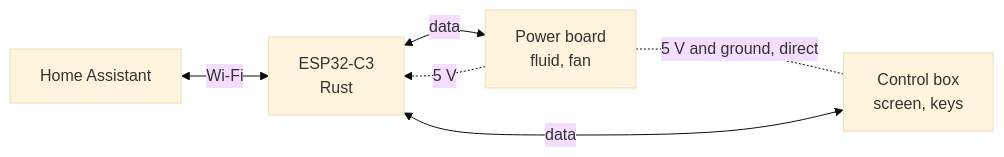
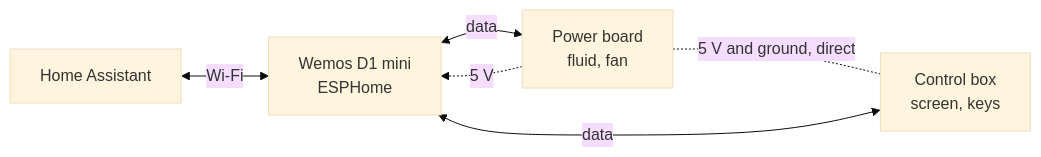
Before and after one commit to Plokkke/sauter-marapi-esphome: the diagram in README.en.md, drawn with Mermaid (base theme). The commit also changed other lines of this file and 22 other files, not shown here.

First line of the commit message:
feat(firmware): ESPHome MITM on the Wemos D1 mini

````diff
--- a/README.en.md
+++ b/README.en.md
@@ -33,8 +33,8 @@
 ```mermaid
 flowchart LR
-  HA[Home Assistant] <-- Wi-Fi --> C3[ESP32-C3<br>Rust]
-  CMD[Control box<br>screen, keys] <-- data --> C3
-  C3 <-- data --> PWR[Power board<br>fluid, fan]
+  HA[Home Assistant] <-- Wi-Fi --> D1[Wemos D1 mini<br>ESPHome]
+  CMD[Control box<br>screen, keys] <-- data --> D1
+  D1 <-- data --> PWR[Power board<br>fluid, fan]
   PWR -. 5 V and ground, direct .- CMD
-  PWR -. 5 V .-> C3
+  PWR -. 5 V .-> D1
 ```
````
